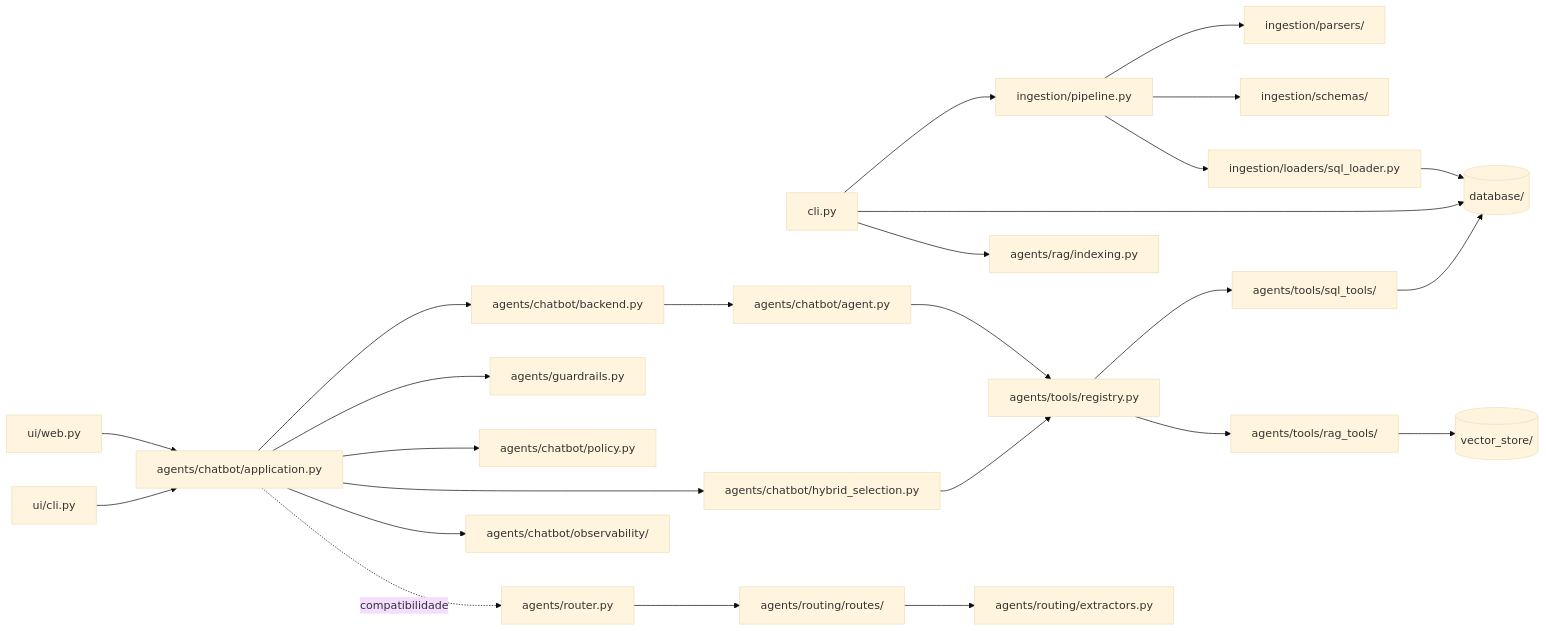
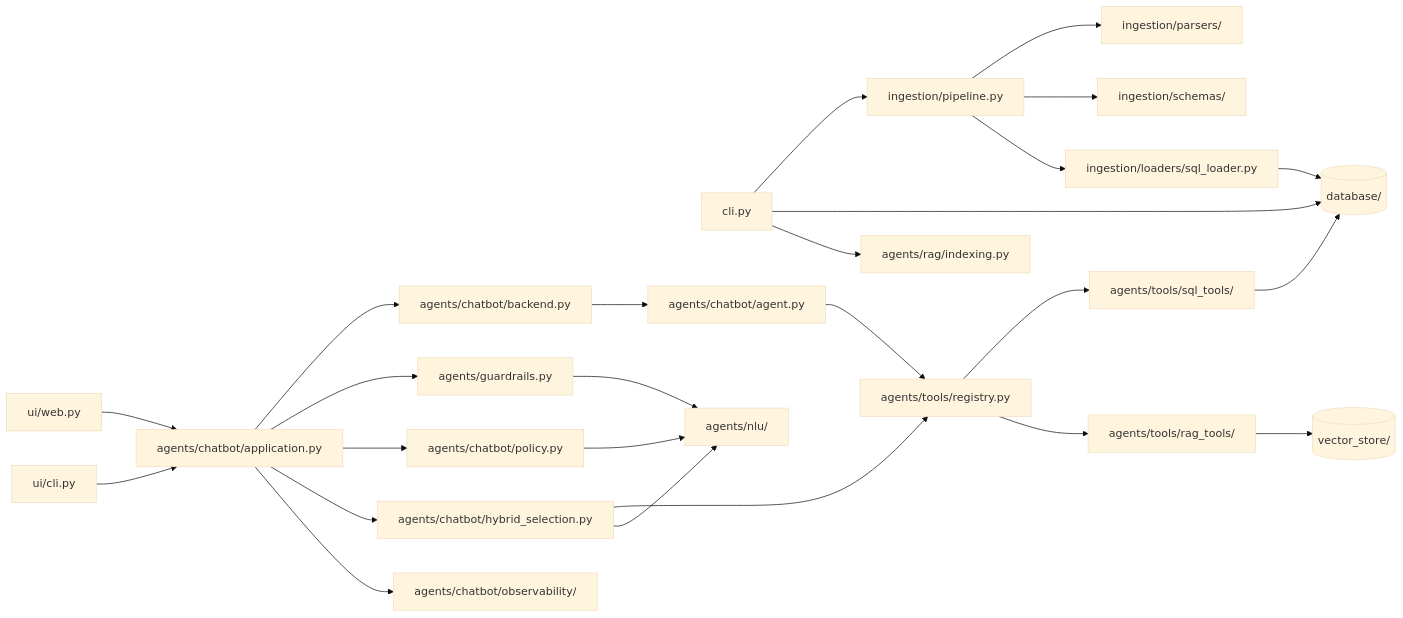
Before and after one commit to thenriquedb/arcos-transparente: the fourth of 4 diagrams in docs/architecture.md, drawn with Mermaid (base theme). The commit also changed other lines of this file and 46 other files, not shown here.

````diff
--- a/docs/architecture.md
+++ b/docs/architecture.md
@@ -108,30 +108,29 @@
 ```mermaid
 graph LR
     CLI[cli.py] --> Pipeline[ingestion/pipeline.py]
     CLI --> DB[(database/)]
     CLI --> RAGIdx[agents/rag/indexing.py]
 
     Web[ui/web.py] --> Core[agents/chatbot/application.py]
     UICLI[ui/cli.py] --> Core
     Core --> Backend[agents/chatbot/backend.py]
     Core --> Guard[agents/guardrails.py]
     Core --> Policy[agents/chatbot/policy.py]
     Core --> HybSel[agents/chatbot/hybrid_selection.py]
     Backend --> AgentBoot[agents/chatbot/agent.py]
     AgentBoot --> Registry[agents/tools/registry.py]
     Registry --> SQLTools[agents/tools/sql_tools/]
     Registry --> RAGTool[agents/tools/rag_tools/]
     SQLTools --> DB
     RAGTool --> ChromaDB[(vector_store/)]
     HybSel --> Registry
+    HybSel --> NLU[agents/nlu/]
+    Guard --> NLU
+    Policy --> NLU
     Core --> Observ[agents/chatbot/observability/]
 
     Pipeline --> Parsers[ingestion/parsers/]
     Pipeline --> Schemas[ingestion/schemas/]
     Pipeline --> Loader[ingestion/loaders/sql_loader.py]
     Loader --> DB
-
-    Router[agents/router.py] --> Routes[agents/routing/routes/]
-    Routes --> Extractors[agents/routing/extractors.py]
-    Core -.->|compatibilidade| Router
 ```
````
